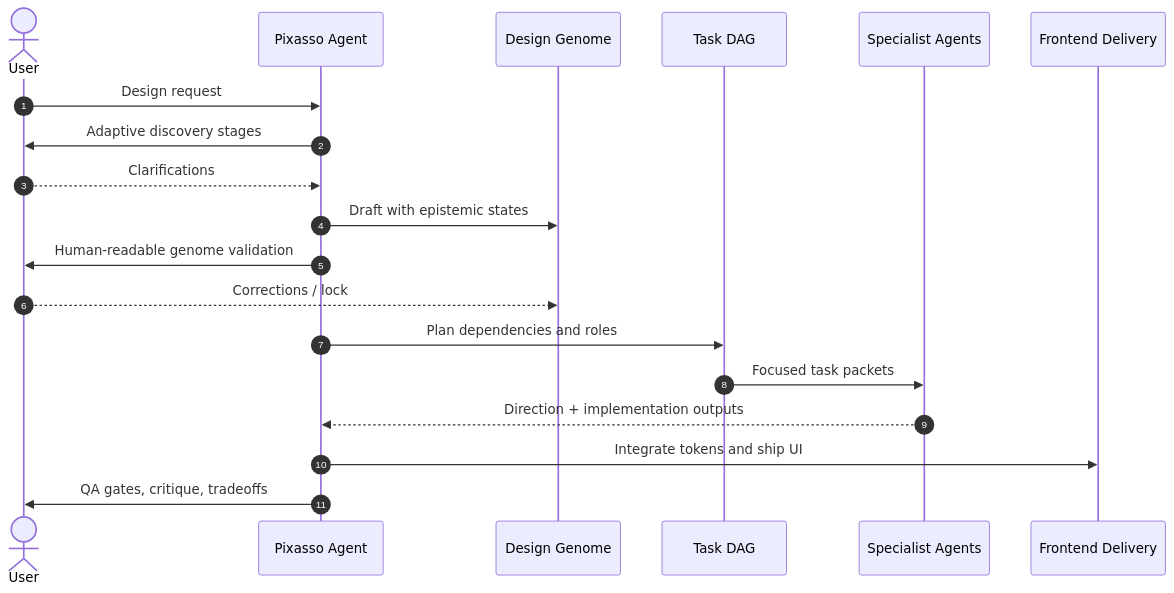
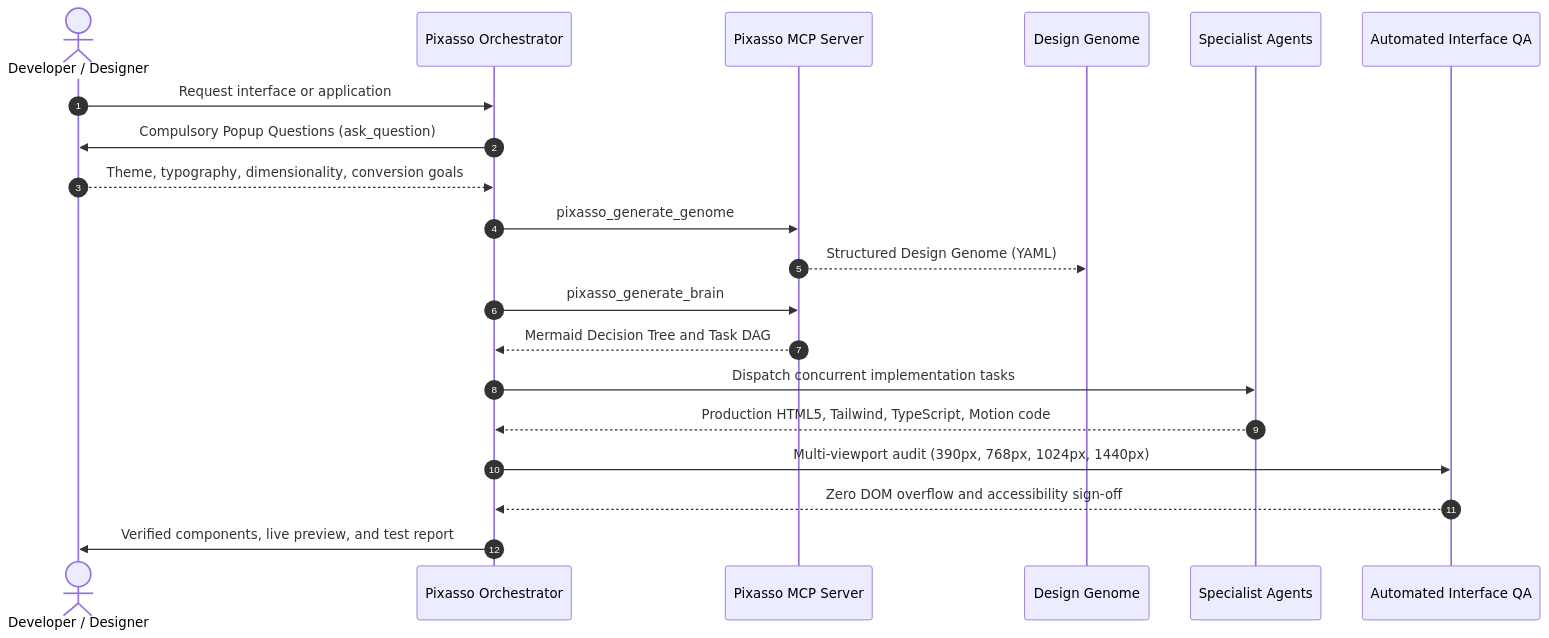
One commit to Erebuzzz/pixasso changed the third of 5 diagrams in README.md. Above: the diagram before and after it, drawn with Mermaid. The commit also changed other lines of this file and 97 other files, not shown here.

Commit message:
feat: complete end-to-end frontend orchestrator, mcp server, showcase site, and multi-platform installer

````diff
--- a/README.md
+++ b/README.md
@@ -224,22 +148,23 @@
 ```mermaid
 sequenceDiagram
     autonumber
-    actor User as User
-    participant Pixasso as Pixasso Agent
+    actor User as Developer / Designer
+    participant Pixasso as Pixasso Orchestrator
+    participant MCP as Pixasso MCP Server
     participant Genome as Design Genome
-    participant DAG as Task DAG
     participant Agents as Specialist Agents
-    participant Code as Frontend Delivery
+    participant QA as Automated Interface QA
 
-    User->>Pixasso: Design request
-    Pixasso->>User: Adaptive discovery stages
-    User-->>Pixasso: Clarifications
-    Pixasso->>Genome: Draft with epistemic states
-    Pixasso->>User: Human-readable genome validation
-    User-->>Genome: Corrections / lock
-    Pixasso->>DAG: Plan dependencies and roles
-    DAG->>Agents: Focused task packets
-    Agents-->>Pixasso: Direction + implementation outputs
-    Pixasso->>Code: Integrate tokens and ship UI
-    Pixasso->>User: QA gates, critique, tradeoffs
+    User->>Pixasso: Request interface or application
+    Pixasso->>User: Compulsory Popup Questions (ask_question)
+    User-->>Pixasso: Theme, typography, dimensionality, conversion goals
+    Pixasso->>MCP: pixasso_generate_genome
+    MCP-->>Genome: Structured Design Genome (YAML)
+    Pixasso->>MCP: pixasso_generate_brain
+    MCP-->>Pixasso: Mermaid Decision Tree and Task DAG
+    Pixasso->>Agents: Dispatch concurrent implementation tasks
+    Agents-->>Pixasso: Production HTML5, Tailwind, TypeScript, Motion code
+    Pixasso->>QA: Multi-viewport audit (390px, 768px, 1024px, 1440px)
+    QA-->>Pixasso: Zero DOM overflow and accessibility sign-off
+    Pixasso->>User: Verified components, live preview, and test report
 ```
````
